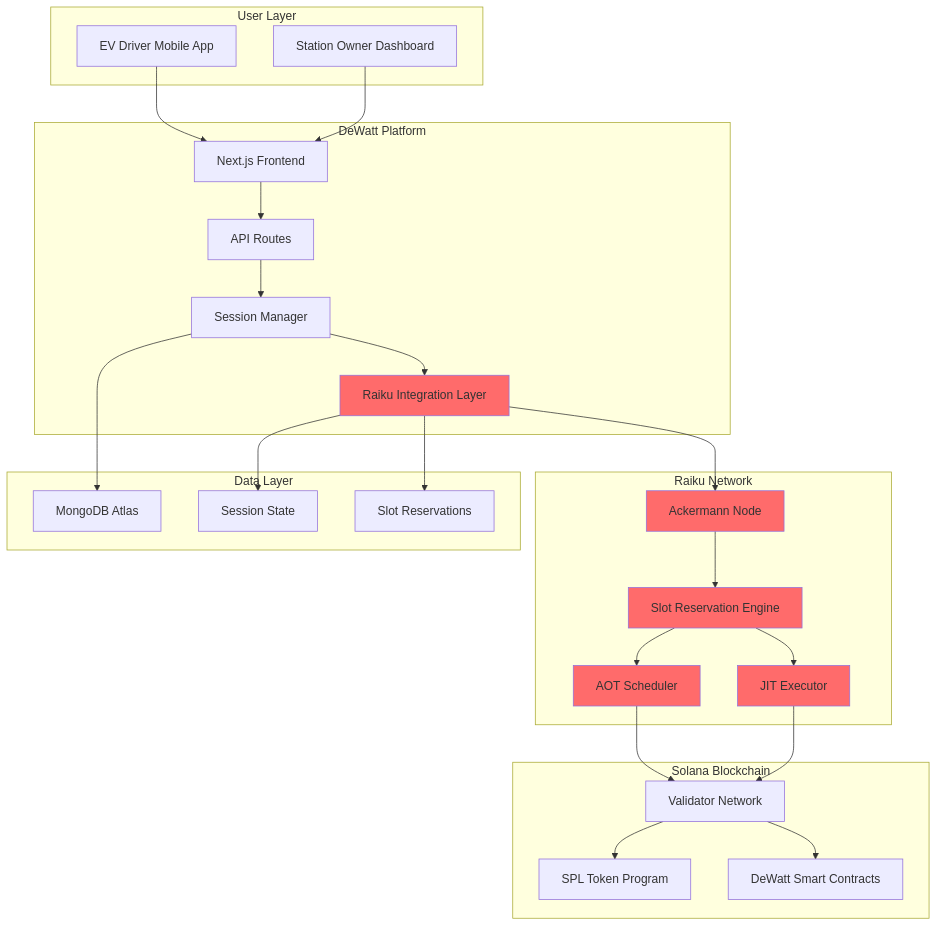
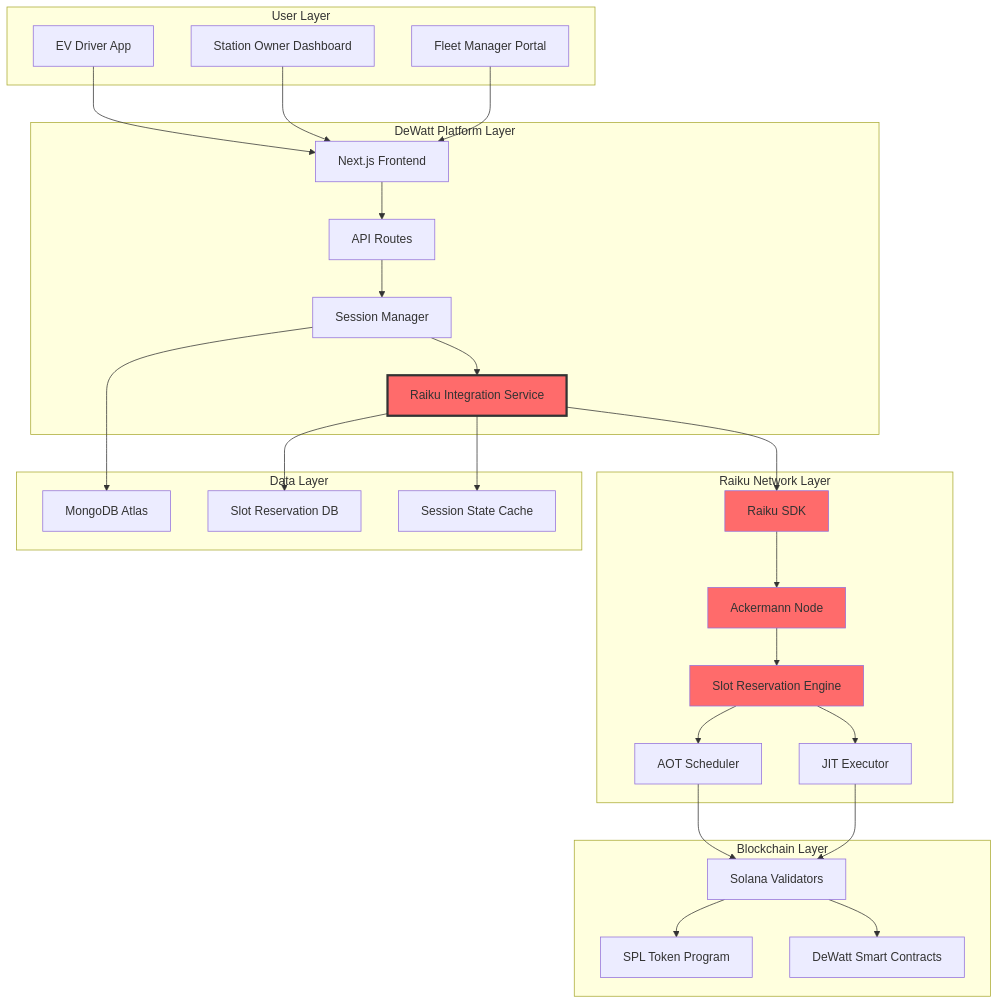
The fifth of 5 diagrams in README.md (7ttp/raiku-x-dewatt), drawn with Mermaid before and after one commit. The commit also changed other lines of this file, not shown here.

````diff
--- a/README.md
+++ b/README.md
@@ -152,56 +440,59 @@
 ```mermaid
 graph TB
     subgraph "User Layer"
-        A[EV Driver Mobile App]
+        A[EV Driver App]
         B[Station Owner Dashboard]
+        C[Fleet Manager Portal]
     end
     
-    subgraph "DeWatt Platform"
-        C[Next.js Frontend]
-        D[API Routes]
-        E[Session Manager]
-        F[Raiku Integration Layer]
+    subgraph "DeWatt Platform Layer"
+        D[Next.js Frontend]
+        E[API Routes]
+        F[Session Manager]
+        G[Raiku Integration Service]
     end
     
-    subgraph "Raiku Network"
-        G[Ackermann Node]
-        H[Slot Reservation Engine]
-        I[AOT Scheduler]
-        J[JIT Executor]
+    subgraph "Raiku Network Layer"
+        H[Raiku SDK]
+        I[Ackermann Node]
+        J[Slot Reservation Engine]
+        K[AOT Scheduler]
+        L[JIT Executor]
     end
     
-    subgraph "Solana Blockchain"
-        K[Validator Network]
-        L[SPL Token Program]
-        M[DeWatt Smart Contracts]
+    subgraph "Blockchain Layer"
+        M[Solana Validators]
+        N[SPL Token Program]
+        O[DeWatt Smart Contracts]
     end
     
     subgraph "Data Layer"
-        N[MongoDB Atlas]
-        O[Session State]
-        P[Slot Reservations]
+        P[MongoDB Atlas]
+        Q[Slot Reservation DB]
+        R[Session State Cache]
     end
     
-    A --> C
-    B --> C
+    A --> D
+    B --> D
     C --> D
     D --> E
     E --> F
     F --> G
     G --> H
     H --> I
-    H --> J
-    I --> K
+    I --> J
     J --> K
-    K --> L
+    J --> L
     K --> M
-    E --> N
-    F --> O
+    L --> M
+    M --> N
+    M --> O
     F --> P
+    G --> Q
+    G --> R
     
-    style F fill:#ff6b6b
-    style G fill:#ff6b6b
+    style G fill:#ff6b6b,stroke:#333,stroke-width:3px
     style H fill:#ff6b6b
     style I fill:#ff6b6b
     style J fill:#ff6b6b
 ```
````
